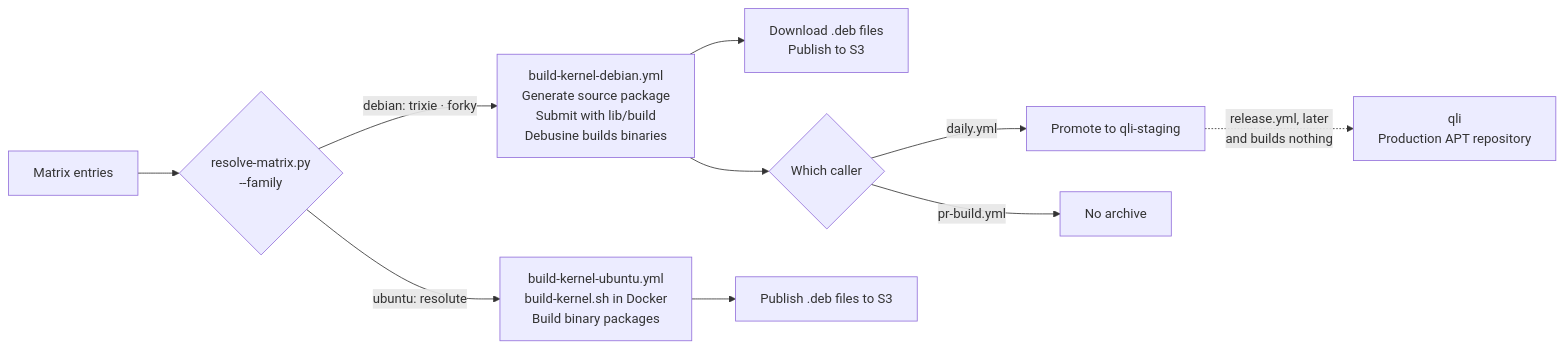
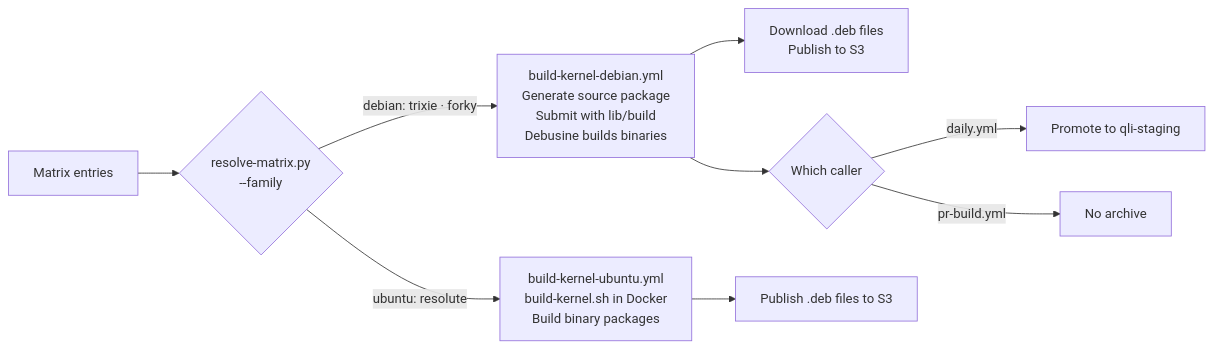
One commit to qualcomm-linux/pkg-linux-qcom changed the first of 5 diagrams in README.md. Above: the diagram before and after it, drawn with Mermaid. The commit also changed other lines of this file and 5 other files, not shown here.

````diff
--- a/README.md
+++ b/README.md
@@ -293,15 +300,14 @@
 ```mermaid
 flowchart LR
     IN["Matrix entries"] --> R{"resolve-matrix.py\n--family"}
 
     R -->|"debian: trixie · forky"| DEB["build-kernel-debian.yml\nGenerate source package\nSubmit with lib/build\nDebusine builds binaries"]
     R -->|"ubuntu: resolute"| UBU["build-kernel-ubuntu.yml\nbuild-kernel.sh in Docker\nBuild binary packages"]
 
     DEB --> S3["Download .deb files\nPublish to S3"]
     DEB --> TW{"Which caller"}
     TW -->|"daily.yml"| STG["Promote to qli-staging"]
     TW -->|"pr-build.yml"| NONE["No archive"]
     UBU --> US3["Publish .deb files to S3"]
 
-    STG -.->|"release.yml, later\nand builds nothing"| QLI["qli\nProduction APT repository"]
 ```
````
